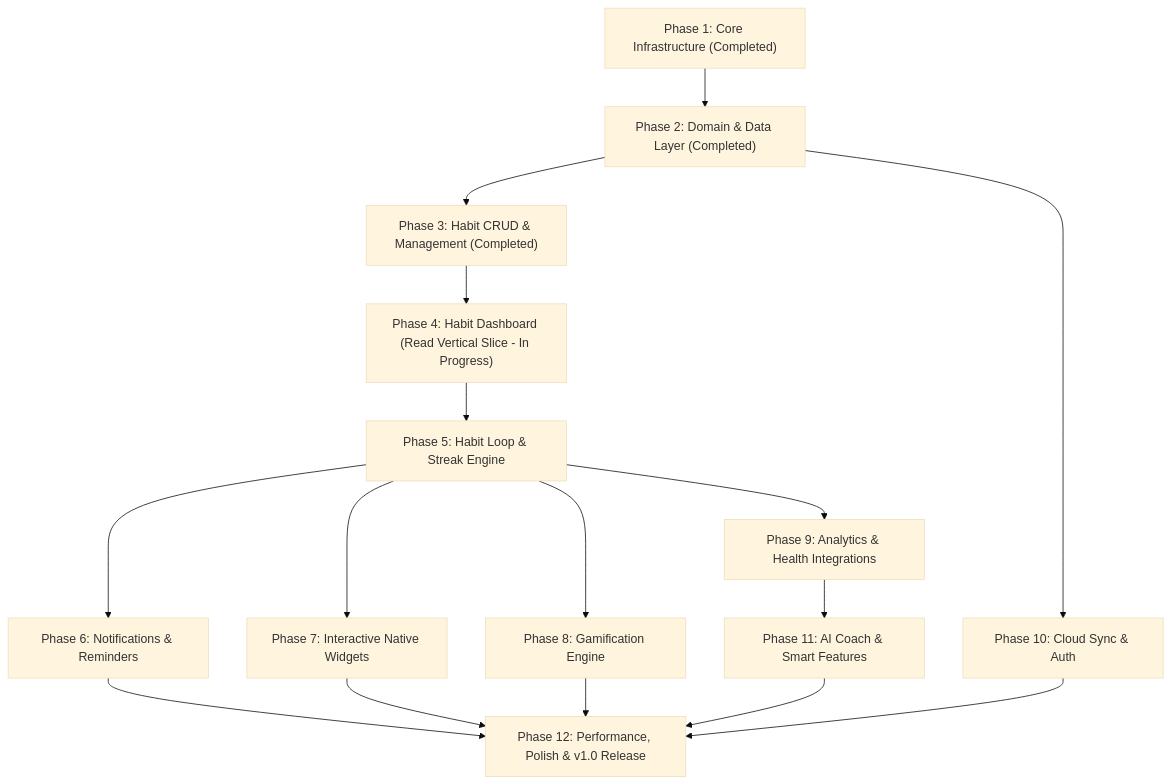
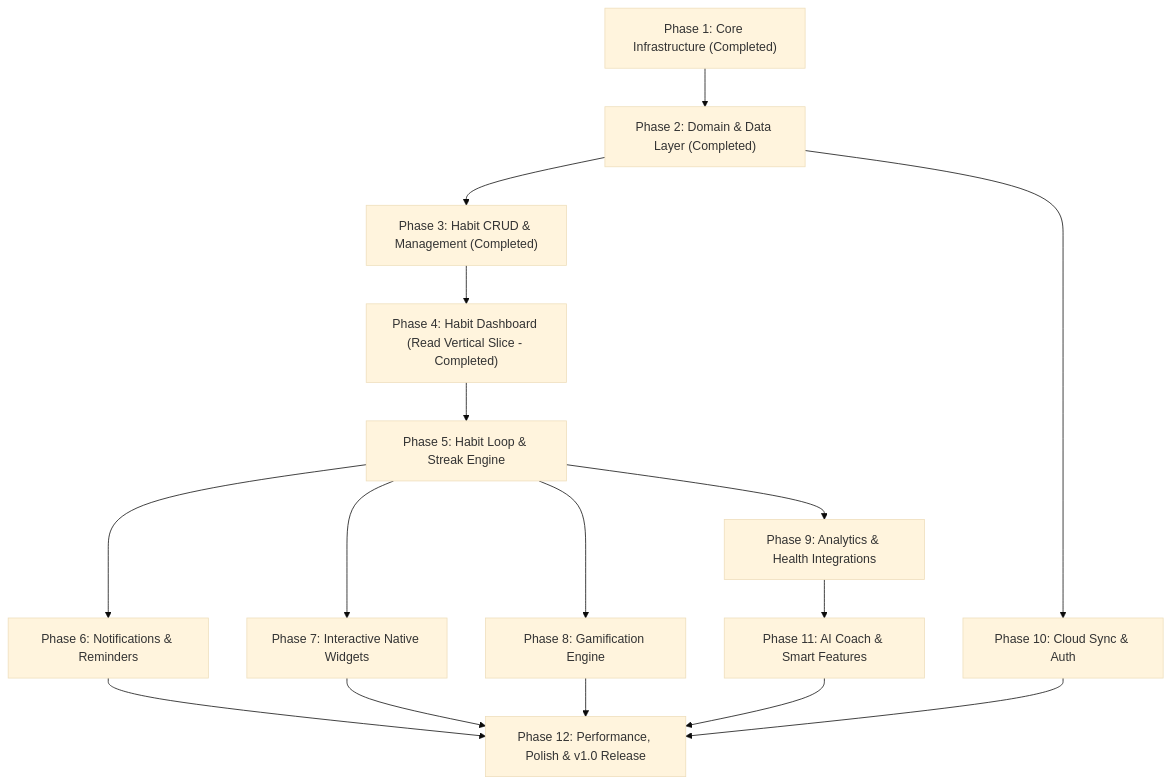
The diagram in github_roadmap.md (Kartavvya07/Habit-Tracker), drawn with Mermaid (base theme) before and after one commit. The commit also changed other lines of this file and 8 other files, not shown here.

Commit message:
feat(dashboard): complete phase 4 dashboard UI

````diff
--- a/github_roadmap.md
+++ b/github_roadmap.md
@@ -52,18 +52,18 @@
 ```mermaid
 graph TD
     M1["Phase 1: Core Infrastructure (Completed)"] --> M2["Phase 2: Domain & Data Layer (Completed)"]
     M2 --> M3["Phase 3: Habit CRUD & Management (Completed)"]
-    M3 --> M4["Phase 4: Habit Dashboard (Read Vertical Slice - In Progress)"]
+    M3 --> M4["Phase 4: Habit Dashboard (Read Vertical Slice - Completed)"]
     M4 --> M5["Phase 5: Habit Loop & Streak Engine"]
     M5 --> M6["Phase 6: Notifications & Reminders"]
     M5 --> M7["Phase 7: Interactive Native Widgets"]
     M5 --> M8["Phase 8: Gamification Engine"]
     M5 --> M9["Phase 9: Analytics & Health Integrations"]
     M2 --> M10["Phase 10: Cloud Sync & Auth"]
     M9 --> M11["Phase 11: AI Coach & Smart Features"]
     M6 --> M12["Phase 12: Performance, Polish & v1.0 Release"]
     M7 --> M12
     M8 --> M12
     M10 --> M12
     M11 --> M12
 ```
````
